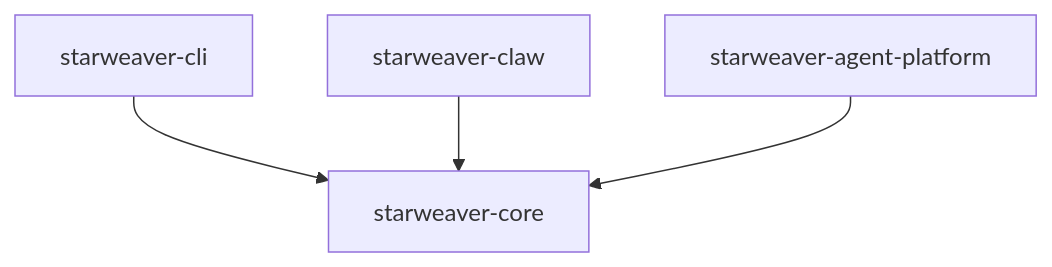
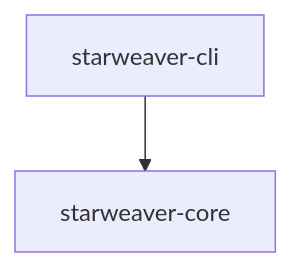
Before and after one commit to Wh1isper/starweaver: the diagram in README.md, drawn with Mermaid. The commit also changed other lines of this file and 11 other files, not shown here.

````diff
--- a/README.md
+++ b/README.md
@@ -9,11 +9,7 @@
 ```mermaid
 flowchart TD
     core[starweaver-core]
     cli[starweaver-cli]
-    claw[starweaver-claw]
-    platform[starweaver-agent-platform]
 
     cli --> core
-    claw --> core
-    platform --> core
 ```
````
